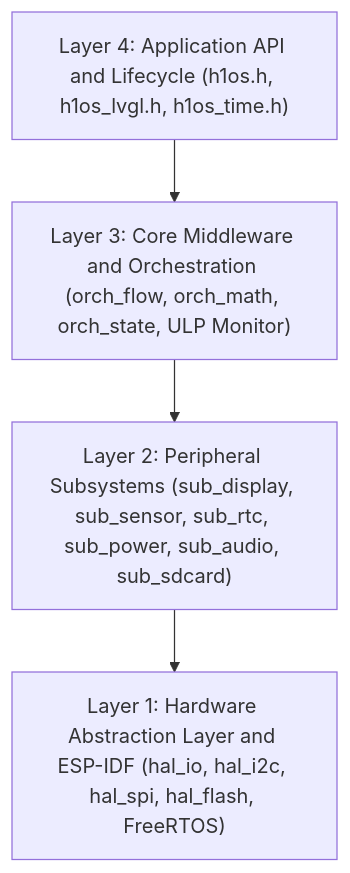
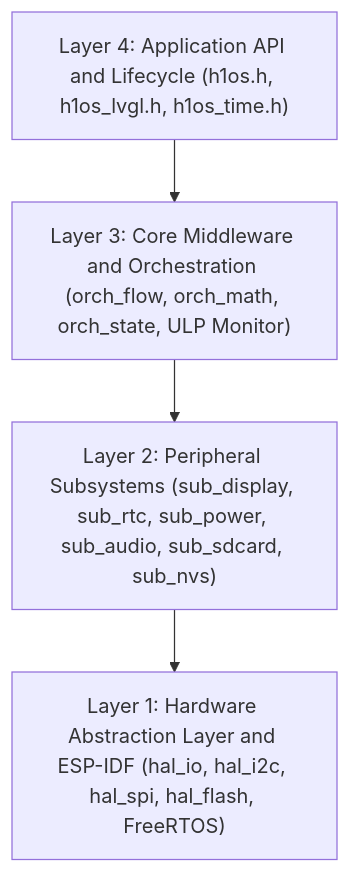
The diagram in README.md (Humidyne-Labs/H1OS), drawn with Mermaid before and after one commit. The commit also changed 40 other files, not shown here.

````diff
--- a/README.md
+++ b/README.md
@@ -70,11 +70,11 @@
 ```mermaid
 graph TD
     L4["Layer 4: Application API and Lifecycle (h1os.h, h1os_lvgl.h, h1os_time.h)"]
     L3["Layer 3: Core Middleware and Orchestration (orch_flow, orch_math, orch_state, ULP Monitor)"]
-    L2["Layer 2: Peripheral Subsystems (sub_display, sub_sensor, sub_rtc, sub_power, sub_audio, sub_sdcard)"]
+    L2["Layer 2: Peripheral Subsystems (sub_display, sub_rtc, sub_power, sub_audio, sub_sdcard, sub_nvs)"]
     L1["Layer 1: Hardware Abstraction Layer and ESP-IDF (hal_io, hal_i2c, hal_spi, hal_flash, FreeRTOS)"]
     L4 --> L3
     L3 --> L2
     L2 --> L1
 
 ```
````
